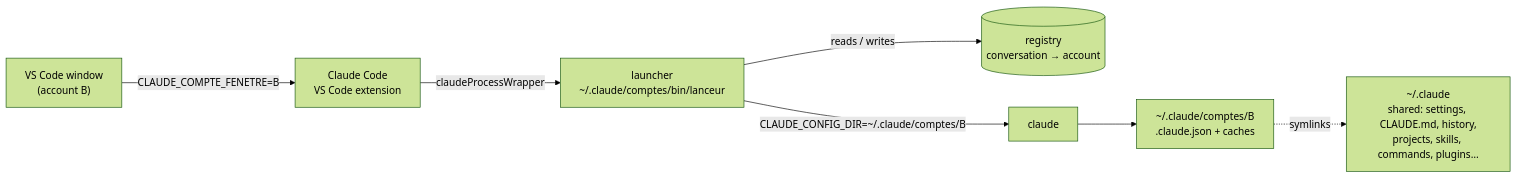
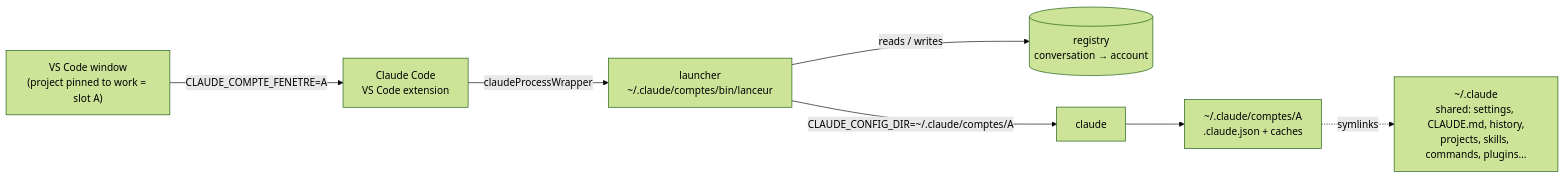
The diagram in README.md (alexdmrx/twinseat), drawn with Mermaid (forest theme) before and after one commit. The commit also changed other lines of this file and 6 other files, not shown here.

Commit message:
docs: Twinseat README, changelog, architecture notes, icon and social preview

````diff
--- a/README.md
+++ b/README.md
@@ -47,9 +92,9 @@
 ```mermaid
 flowchart LR
-  W["VS Code window<br/>(account B)"] -- "CLAUDE_COMPTE_FENETRE=B" --> X["Claude Code<br/>VS Code extension"]
+  W["VS Code window<br/>(project pinned to work = slot A)"] -- "CLAUDE_COMPTE_FENETRE=A" --> X["Claude Code<br/>VS Code extension"]
   X -- "claudeProcessWrapper" --> L["launcher<br/>~/.claude/comptes/bin/lanceur"]
   L -- "reads / writes" --> R[("registry<br/>conversation → account")]
-  L -- "CLAUDE_CONFIG_DIR=~/.claude/comptes/B" --> C["claude"]
-  C --> D["~/.claude/comptes/B<br/>.claude.json + caches"]
+  L -- "CLAUDE_CONFIG_DIR=~/.claude/comptes/A" --> C["claude"]
+  C --> D["~/.claude/comptes/A<br/>.claude.json + caches"]
   D -. "symlinks" .-> S["~/.claude<br/>shared: settings, CLAUDE.md, history,<br/>projects, skills, commands, plugins…"]
 ```
````
